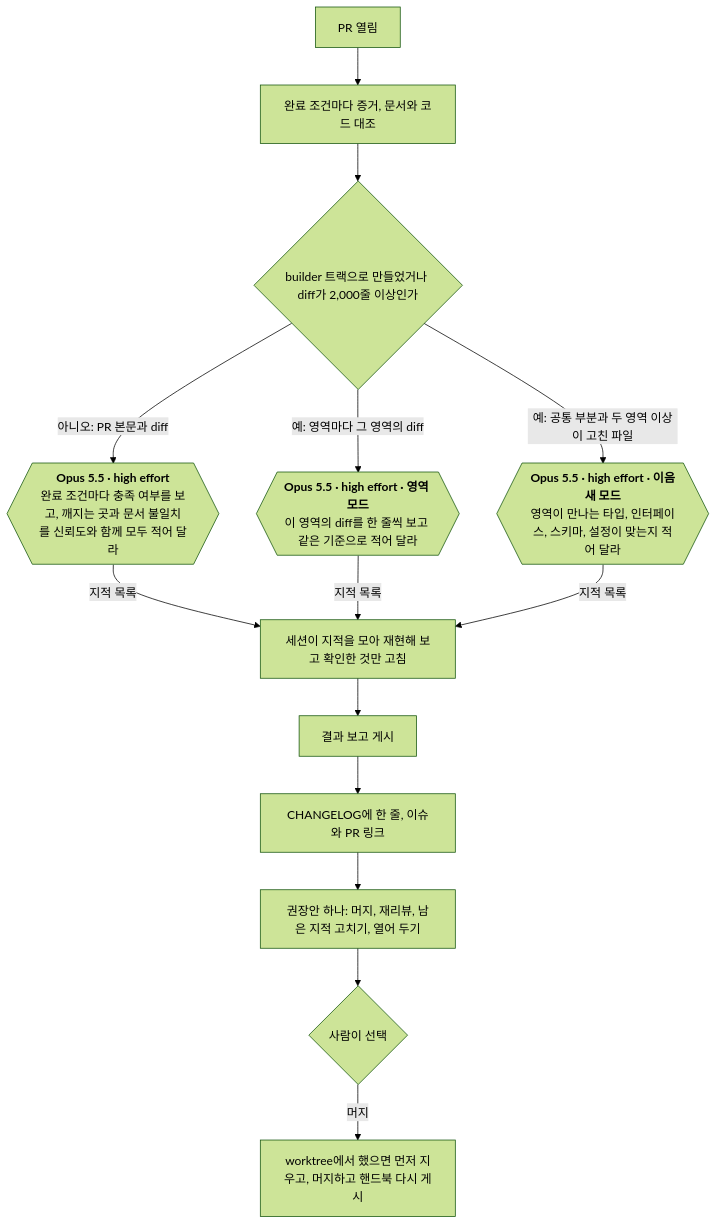
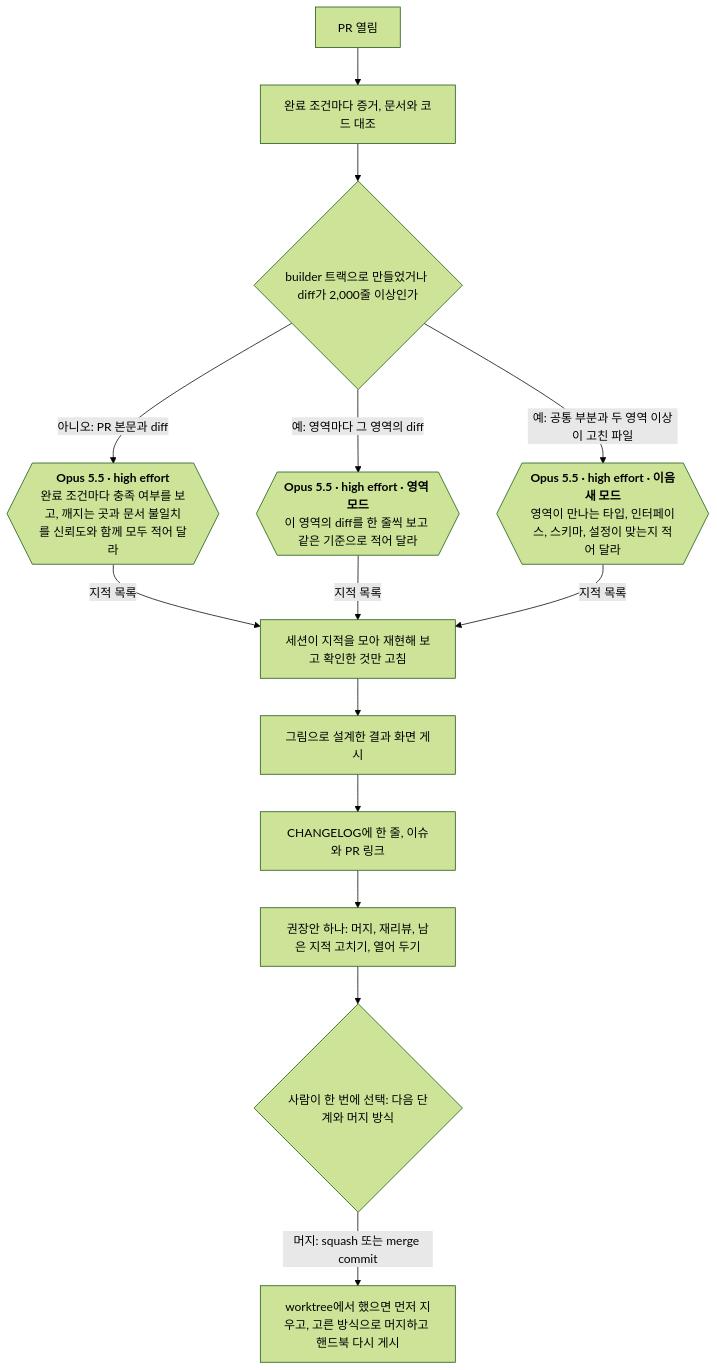
The seventh of 8 diagrams in docs/system/flows.md (dincal/agent_logbook), drawn with Mermaid (forest theme) before and after one commit. The commit also changed other lines of this file and 8 other files, not shown here.

````diff
--- a/docs/system/flows.md
+++ b/docs/system/flows.md
@@ -193,17 +215,17 @@
 ```mermaid
 flowchart TD
   PR["PR 열림"] --> EV["완료 조건마다 증거, 문서와 코드 대조"]
   EV --> SP{"builder 트랙으로 만들었거나 diff가 2,000줄 이상인가"}
   SP -->|"아니오: PR 본문과 diff"| RV{{"`**Opus 5.5 · high effort**
   완료 조건마다 충족 여부를 보고, 깨지는 곳과 문서 불일치를 신뢰도와 함께 모두 적어 달라`"}}
   SP -->|"예: 영역마다 그 영역의 diff"| RA{{"`**Opus 5.5 · high effort · 영역 모드**
   이 영역의 diff를 한 줄씩 보고 같은 기준으로 적어 달라`"}}
   SP -->|"예: 공통 부분과 두 영역 이상이 고친 파일"| RS{{"`**Opus 5.5 · high effort · 이음새 모드**
   영역이 만나는 타입, 인터페이스, 스키마, 설정이 맞는지 적어 달라`"}}
   RV & RA & RS -->|"지적 목록"| VF["세션이 지적을 모아 재현해 보고 확인한 것만 고침"]
-  VF --> DB["결과 보고 게시"]
+  VF --> DB["그림으로 설계한 결과 화면 게시"]
   DB --> CL["CHANGELOG에 한 줄, 이슈와 PR 링크"]
   CL --> RC["권장안 하나: 머지, 재리뷰, 남은 지적 고치기, 열어 두기"]
-  RC --> Q{"사람이 선택"}
-  Q -->|"머지"| HB["worktree에서 했으면 먼저 지우고, 머지하고 핸드북 다시 게시"]
+  RC --> Q{"사람이 한 번에 선택: 다음 단계와 머지 방식"}
+  Q -->|"머지: squash 또는 merge commit"| HB["worktree에서 했으면 먼저 지우고, 고른 방식으로 머지하고 핸드북 다시 게시"]
 ```
````
